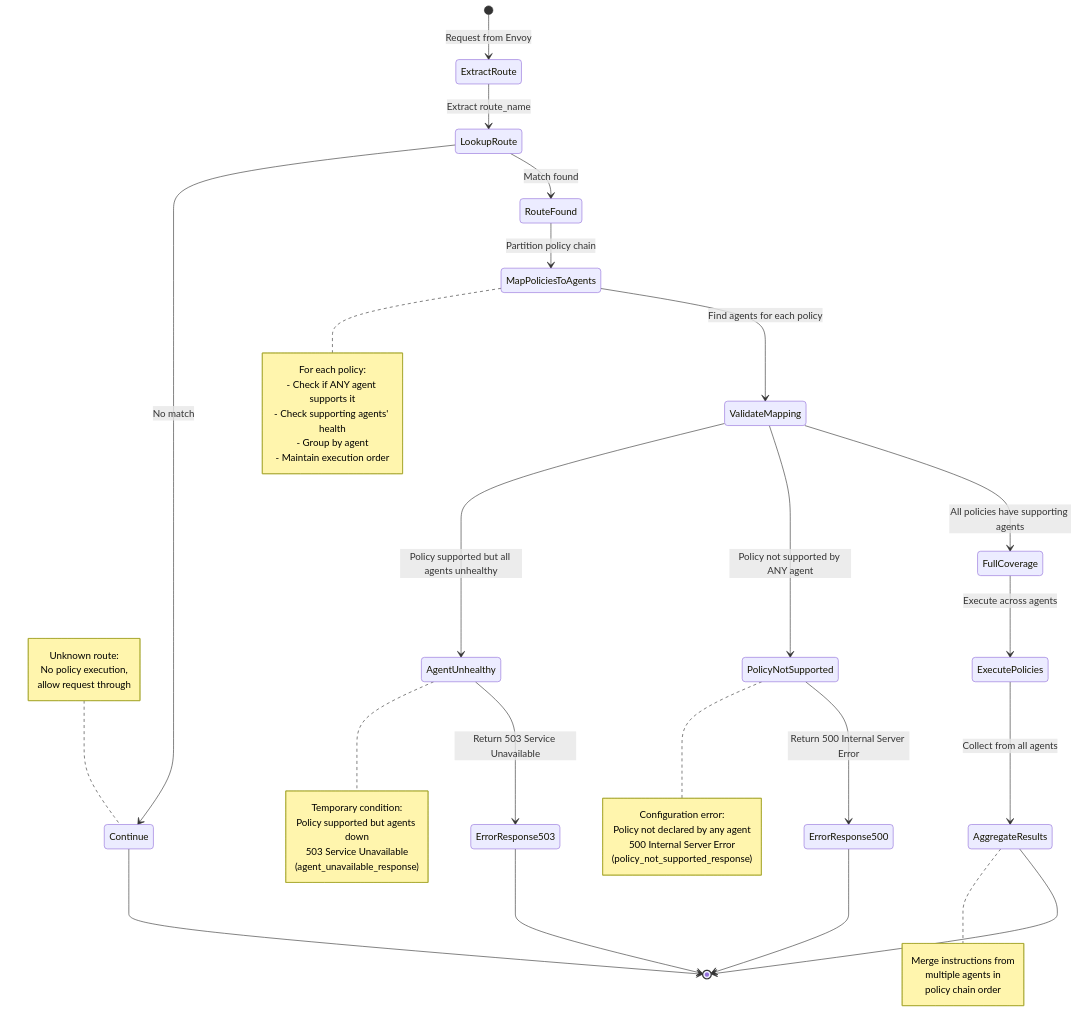
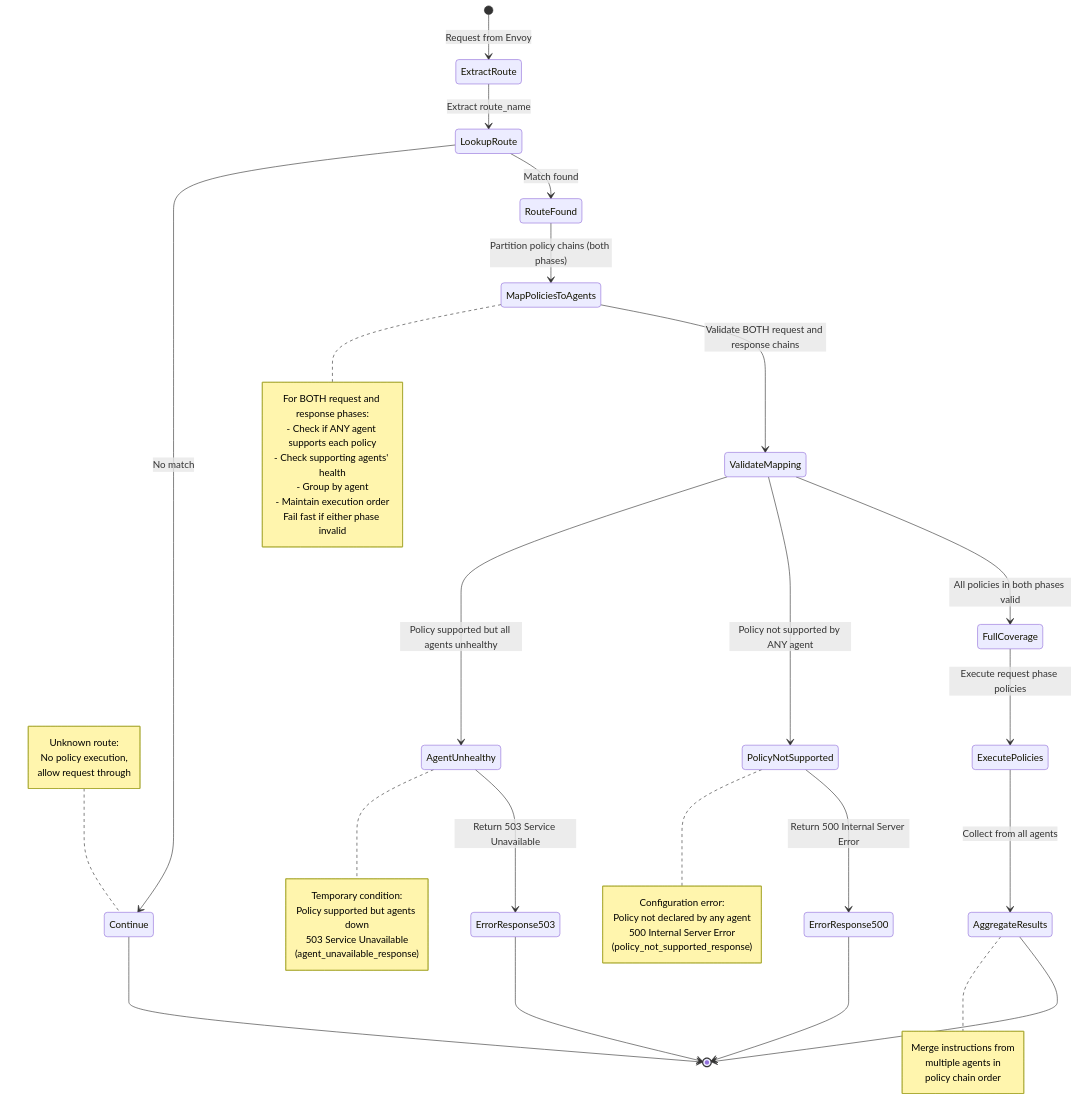
Before and after one commit to renuka-fernando/envoy-policy-engine: the third of 6 diagrams in policy-kernel/SPEC.md, drawn with Mermaid. The commit also changed other lines of this file, not shown here.

Commit message:
Update spec: Validate both request and response phase policy chains upfront during request processing to enable fail fast behavior

````diff
--- a/policy-kernel/SPEC.md
+++ b/policy-kernel/SPEC.md
@@ -386,59 +386,60 @@
 ```mermaid
 stateDiagram-v2
     [*] --> ExtractRoute: Request from Envoy
     ExtractRoute --> LookupRoute: Extract route_name
 
     LookupRoute --> RouteFound: Match found
     LookupRoute --> Continue: No match
 
-    RouteFound --> MapPoliciesToAgents: Partition policy chain
-    MapPoliciesToAgents --> ValidateMapping: Find agents for each policy
+    RouteFound --> MapPoliciesToAgents: Partition policy chains (both phases)
+    MapPoliciesToAgents --> ValidateMapping: Validate BOTH request and response chains
 
-    ValidateMapping --> FullCoverage: All policies have supporting agents
+    ValidateMapping --> FullCoverage: All policies in both phases valid
     ValidateMapping --> PolicyNotSupported: Policy not supported by ANY agent
     ValidateMapping --> AgentUnhealthy: Policy supported but all agents unhealthy
 
-    FullCoverage --> ExecutePolicies: Execute across agents
+    FullCoverage --> ExecutePolicies: Execute request phase policies
     PolicyNotSupported --> ErrorResponse500: Return 500 Internal Server Error
     AgentUnhealthy --> ErrorResponse503: Return 503 Service Unavailable
 
     ExecutePolicies --> AggregateResults: Collect from all agents
     AggregateResults --> [*]
     ErrorResponse500 --> [*]
     ErrorResponse503 --> [*]
     Continue --> [*]
 
     note right of MapPoliciesToAgents
-        For each policy:
-        - Check if ANY agent supports it
+        For BOTH request and response phases:
+        - Check if ANY agent supports each policy
         - Check supporting agents' health
         - Group by agent
         - Maintain execution order
+        Fail fast if either phase invalid
     end note
 
     note left of Continue
         Unknown route:
         No policy execution,
         allow request through
     end note
 
     note right of PolicyNotSupported
         Configuration error:
         Policy not declared by any agent
         500 Internal Server Error
         (policy_not_supported_response)
     end note
 
     note right of AgentUnhealthy
         Temporary condition:
         Policy supported but agents down
         503 Service Unavailable
         (agent_unavailable_response)
     end note
 
     note right of AggregateResults
         Merge instructions from
         multiple agents in
         policy chain order
     end note
 ```
````
